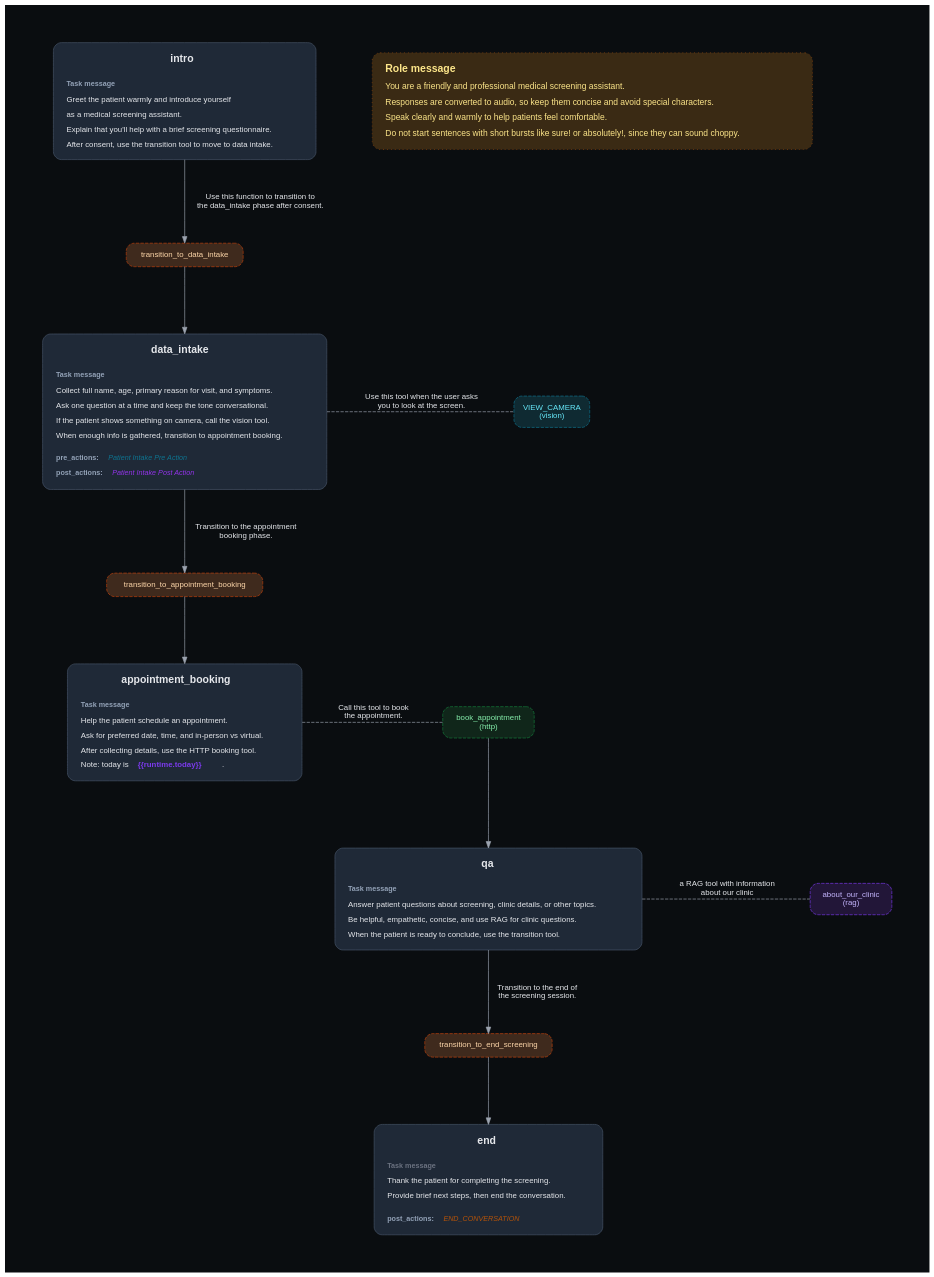
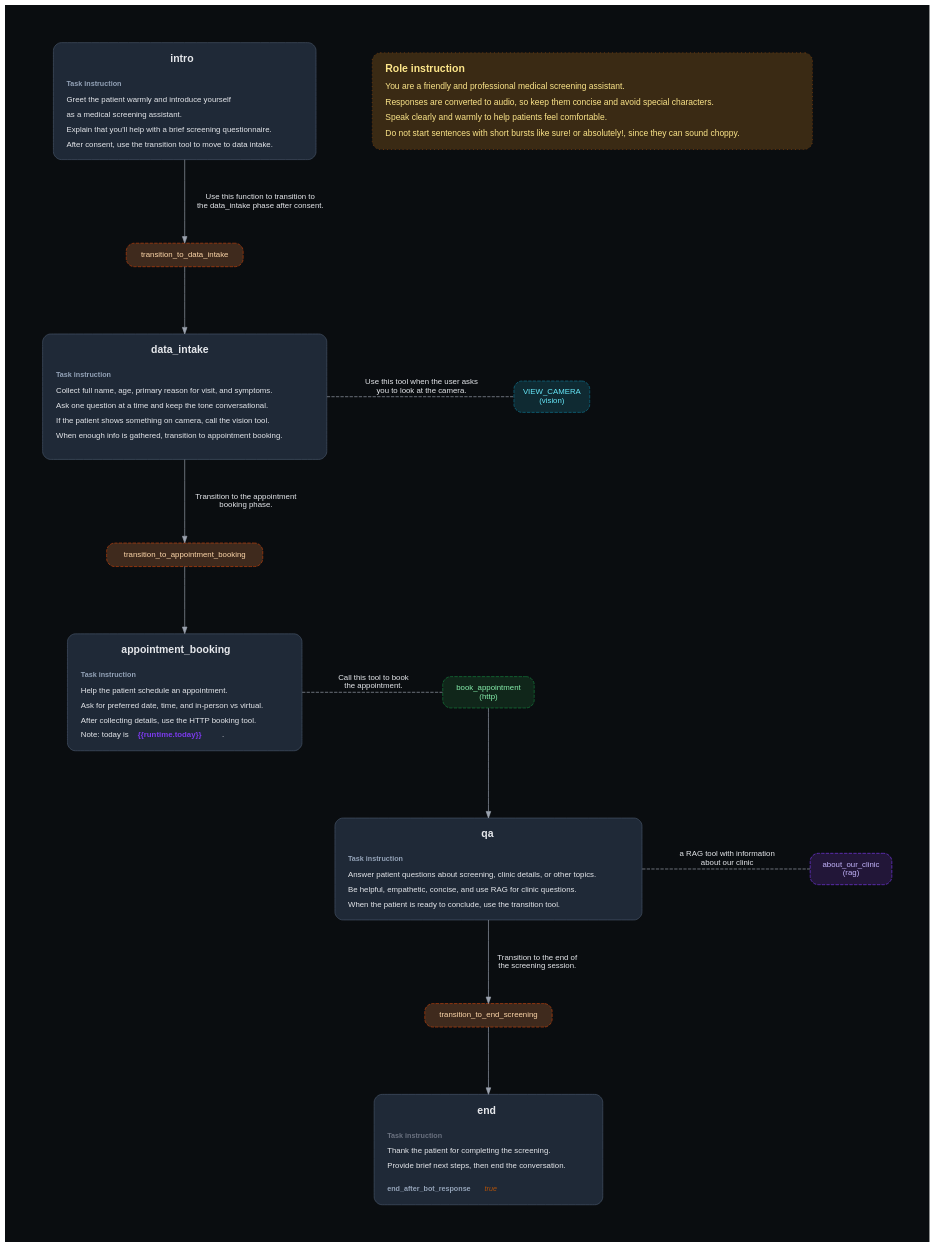
One commit to Akapulu/akapulu-examples changed the diagram in example-scenarios/healthcare-intake-scheduling/media/nodes-dark.dot. Above: the diagram before and after it, drawn with Graphviz. The commit also changed 10 other files, not shown here.

```diff
--- a/example-scenarios/healthcare-intake-scheduling/media/nodes-dark.dot
+++ b/example-scenarios/healthcare-intake-scheduling/media/nodes-dark.dot
@@ -1,98 +1,96 @@
 digraph HealthcareFlow {
   rankdir=TB;
   graph [fontname="Helvetica", ranksep="1.4", nodesep="1.2", pad="0.8", splines=polyline, bgcolor="#0A0D10"];
   node [shape=box, style="rounded,filled", fillcolor="#1f2937", color="#475569", fontname="Helvetica", fontsize=12, fontcolor="#e5e7eb", margin="0.2,0.15"];
   edge [fontname="Helvetica", fontsize=12, color="#9ca3af", fontcolor="#e5e7eb"];
 
   intro [label=<
     <TABLE BORDER="0" CELLBORDER="0" CELLPADDING="4">
       <TR><TD><B><FONT POINT-SIZE="16">intro</FONT></B></TD></TR>
       <TR><TD><FONT POINT-SIZE="3"> </FONT></TD></TR>
-      <TR><TD ALIGN="LEFT"><FONT POINT-SIZE="11" COLOR="#94a3b8"><B>Task message</B></FONT></TD></TR>
+      <TR><TD ALIGN="LEFT"><FONT POINT-SIZE="11" COLOR="#94a3b8"><B>Task instruction</B></FONT></TD></TR>
       <TR><TD ALIGN="LEFT"><FONT POINT-SIZE="12">Greet the patient warmly and introduce yourself</FONT></TD></TR>
       <TR><TD ALIGN="LEFT"><FONT POINT-SIZE="12">as a medical screening assistant.</FONT></TD></TR>
       <TR><TD ALIGN="LEFT"><FONT POINT-SIZE="12">Explain that you'll help with a brief screening questionnaire.</FONT></TD></TR>
       <TR><TD ALIGN="LEFT"><FONT POINT-SIZE="12">After consent, use the transition tool to move to data intake.</FONT></TD></TR>
     </TABLE>
   >];
   data_intake [label=<
     <TABLE BORDER="0" CELLBORDER="0" CELLPADDING="4">
       <TR><TD><B><FONT POINT-SIZE="16">data_intake</FONT></B></TD></TR>
       <TR><TD><FONT POINT-SIZE="3"> </FONT></TD></TR>
-      <TR><TD ALIGN="LEFT"><FONT POINT-SIZE="11" COLOR="#94a3b8"><B>Task message</B></FONT></TD></TR>
+      <TR><TD ALIGN="LEFT"><FONT POINT-SIZE="11" COLOR="#94a3b8"><B>Task instruction</B></FONT></TD></TR>
       <TR><TD ALIGN="LEFT"><FONT POINT-SIZE="12">Collect full name, age, primary reason for visit, and symptoms.</FONT></TD></TR>
       <TR><TD ALIGN="LEFT"><FONT POINT-SIZE="12">Ask one question at a time and keep the tone conversational.</FONT></TD></TR>
       <TR><TD ALIGN="LEFT"><FONT POINT-SIZE="12">If the patient shows something on camera, call the vision tool.</FONT></TD></TR>
       <TR><TD ALIGN="LEFT"><FONT POINT-SIZE="12">When enough info is gathered, transition to appointment booking.</FONT></TD></TR>
       <TR><TD><FONT POINT-SIZE="3"> </FONT></TD></TR>
-      <TR><TD ALIGN="LEFT"><FONT POINT-SIZE="11" COLOR="#94a3b8"><B>pre_actions:</B></FONT> <FONT POINT-SIZE="11" COLOR="#0e7490"><I>Patient Intake Pre Action</I></FONT></TD></TR>
-      <TR><TD ALIGN="LEFT"><FONT POINT-SIZE="11" COLOR="#94a3b8"><B>post_actions:</B></FONT> <FONT POINT-SIZE="11" COLOR="#9333ea"><I>Patient Intake Post Action</I></FONT></TD></TR>
     </TABLE>
   >];
   appointment_booking [label=<
     <TABLE BORDER="0" CELLBORDER="0" CELLPADDING="4">
       <TR><TD><B><FONT POINT-SIZE="16">appointment_booking</FONT></B></TD></TR>
       <TR><TD><FONT POINT-SIZE="3"> </FONT></TD></TR>
-      <TR><TD ALIGN="LEFT"><FONT POINT-SIZE="11" COLOR="#94a3b8"><B>Task message</B></FONT></TD></TR>
+      <TR><TD ALIGN="LEFT"><FONT POINT-SIZE="11" COLOR="#94a3b8"><B>Task instruction</B></FONT></TD></TR>
       <TR><TD ALIGN="LEFT"><FONT POINT-SIZE="12">Help the patient schedule an appointment.</FONT></TD></TR>
       <TR><TD ALIGN="LEFT"><FONT POINT-SIZE="12">Ask for preferred date, time, and in-person vs virtual.</FONT></TD></TR>
       <TR><TD ALIGN="LEFT"><FONT POINT-SIZE="12">After collecting details, use the HTTP booking tool.</FONT></TD></TR>
       <TR><TD ALIGN="LEFT"><FONT POINT-SIZE="12">Note: today is </FONT><FONT POINT-SIZE="12" COLOR="#7c3aed"><B>{{runtime.today}}</B></FONT><FONT POINT-SIZE="12">.</FONT></TD></TR>
     </TABLE>
   >];
   qa [label=<
     <TABLE BORDER="0" CELLBORDER="0" CELLPADDING="4">
       <TR><TD><B><FONT POINT-SIZE="16">qa</FONT></B></TD></TR>
       <TR><TD><FONT POINT-SIZE="3"> </FONT></TD></TR>
-      <TR><TD ALIGN="LEFT"><FONT POINT-SIZE="11" COLOR="#94a3b8"><B>Task message</B></FONT></TD></TR>
+      <TR><TD ALIGN="LEFT"><FONT POINT-SIZE="11" COLOR="#94a3b8"><B>Task instruction</B></FONT></TD></TR>
       <TR><TD ALIGN="LEFT"><FONT POINT-SIZE="12">Answer patient questions about screening, clinic details, or other topics.</FONT></TD></TR>
       <TR><TD ALIGN="LEFT"><FONT POINT-SIZE="12">Be helpful, empathetic, concise, and use RAG for clinic questions.</FONT></TD></TR>
       <TR><TD ALIGN="LEFT"><FONT POINT-SIZE="12">When the patient is ready to conclude, use the transition tool.</FONT></TD></TR>
     </TABLE>
   >];
   end [label=<
     <TABLE BORDER="0" CELLBORDER="0" CELLPADDING="4">
       <TR><TD><B><FONT POINT-SIZE="16">end</FONT></B></TD></TR>
       <TR><TD><FONT POINT-SIZE="3"> </FONT></TD></TR>
-      <TR><TD ALIGN="LEFT"><FONT POINT-SIZE="11" COLOR="#6b7280"><B>Task message</B></FONT></TD></TR>
+      <TR><TD ALIGN="LEFT"><FONT POINT-SIZE="11" COLOR="#6b7280"><B>Task instruction</B></FONT></TD></TR>
       <TR><TD ALIGN="LEFT"><FONT POINT-SIZE="12">Thank the patient for completing the screening.</FONT></TD></TR>
       <TR><TD ALIGN="LEFT"><FONT POINT-SIZE="12">Provide brief next steps, then end the conversation.</FONT></TD></TR>
       <TR><TD><FONT POINT-SIZE="3"> </FONT></TD></TR>
-      <TR><TD ALIGN="LEFT"><FONT POINT-SIZE="11" COLOR="#94a3b8"><B>post_actions:</B></FONT> <FONT POINT-SIZE="11" COLOR="#b45309"><I>END_CONVERSATION</I></FONT></TD></TR>
+      <TR><TD ALIGN="LEFT"><FONT POINT-SIZE="11" COLOR="#94a3b8"><B>end_after_bot_response</B></FONT> <FONT POINT-SIZE="11" COLOR="#b45309"><I>true</I></FONT></TD></TR>
     </TABLE>
   >];
 
   t_intro_to_intake [label="transition_to_data_intake", shape=box, style="rounded,dashed,filled", fillcolor="#3f2a1d", color="#c2410c", fontcolor="#fed7aa"];
   t_intake_to_booking [label="transition_to_appointment_booking", shape=box, style="rounded,dashed,filled", fillcolor="#3f2a1d", color="#c2410c", fontcolor="#fed7aa"];
   t_qa_to_end [label="transition_to_end_screening", shape=box, style="rounded,dashed,filled", fillcolor="#3f2a1d", color="#c2410c", fontcolor="#fed7aa"];
 
   intro -> t_intro_to_intake [label="  Use this function to transition to\n  the data_intake phase after consent.", fontcolor="#e5e7eb", fontsize=12];
   t_intro_to_intake -> data_intake;
   data_intake -> t_intake_to_booking [label="  Transition to the appointment\n  booking phase.", fontcolor="#e5e7eb", fontsize=12];
   t_intake_to_booking -> appointment_booking;
   appointment_booking -> booking_http [style=dashed, color="#9ca3af", arrowhead=none, constraint=false, label="  Call this tool to book\n  the appointment.", fontcolor="#e5e7eb", fontsize=12];
   booking_http -> qa;
   qa -> t_qa_to_end [label="  Transition to the end of\n  the screening session.", fontcolor="#e5e7eb", fontsize=12];
   t_qa_to_end -> end;
 
   intake_vision [label="VIEW_CAMERA\n(vision)", style="rounded,dashed,filled", fillcolor="#0f2a32", color="#0e7490", fontcolor="#67e8f9"];
   booking_http [label="book_appointment\n(http)", style="rounded,dashed,filled", fillcolor="#10261a", color="#15803d", fontcolor="#86efac"];
   qa_rag [label="about_our_clinic\n(rag)", style="rounded,dashed,filled", fillcolor="#221638", color="#7c3aed", fontcolor="#c4b5fd"];
-  intro_role_message [label=<
+  role_instruction [label=<
     <TABLE BORDER="0" CELLBORDER="0" CELLPADDING="4">
-      <TR><TD ALIGN="LEFT"><B><FONT POINT-SIZE="16">Role message</FONT></B></TD></TR>
+      <TR><TD ALIGN="LEFT"><B><FONT POINT-SIZE="16">Role instruction</FONT></B></TD></TR>
       <TR><TD ALIGN="LEFT"><FONT POINT-SIZE="13">You are a friendly and professional medical screening assistant.</FONT></TD></TR>
       <TR><TD ALIGN="LEFT"><FONT POINT-SIZE="13">Responses are converted to audio, so keep them concise and avoid special characters.</FONT></TD></TR>
       <TR><TD ALIGN="LEFT"><FONT POINT-SIZE="13">Speak clearly and warmly to help patients feel comfortable.</FONT></TD></TR>
       <TR><TD ALIGN="LEFT"><FONT POINT-SIZE="13">Do not start sentences with short bursts like sure! or absolutely!, since they can sound choppy.</FONT></TD></TR>
     </TABLE>
   >, style="rounded,dotted,filled", fillcolor="#3a2a14", color="#b45309", fontcolor="#fde68a"];
 
-  data_intake -> intake_vision [style=dashed, color="#9ca3af", arrowhead=none, constraint=false, label="  Use this tool when the user asks\n  you to look at the screen.", fontcolor="#e5e7eb", fontsize=12];
+  data_intake -> intake_vision [style=dashed, color="#9ca3af", arrowhead=none, constraint=false, label="  Use this tool when the user asks\n  you to look at the camera.", fontcolor="#e5e7eb", fontsize=12];
   qa -> qa_rag [style=dashed, color="#9ca3af", arrowhead=none, constraint=false, label="  a RAG tool with information\n  about our clinic", fontcolor="#e5e7eb", fontsize=12];
 
   { rank=same; data_intake; intake_vision; }
   { rank=same; appointment_booking; booking_http; }
   { rank=same; qa; qa_rag; }
-  { rank=same; intro; intro_role_message; }
+  { rank=same; intro; role_instruction; }
 }
```
